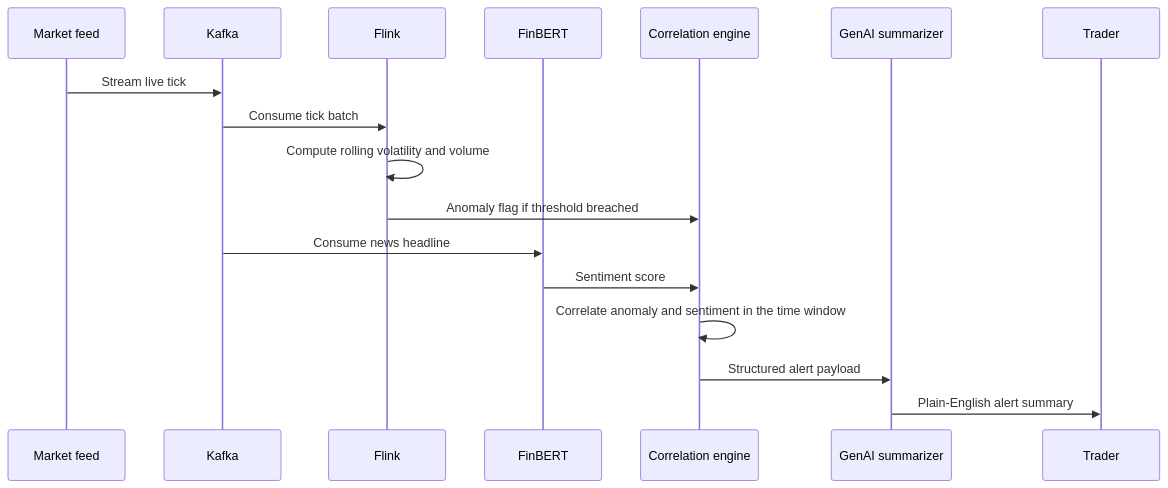
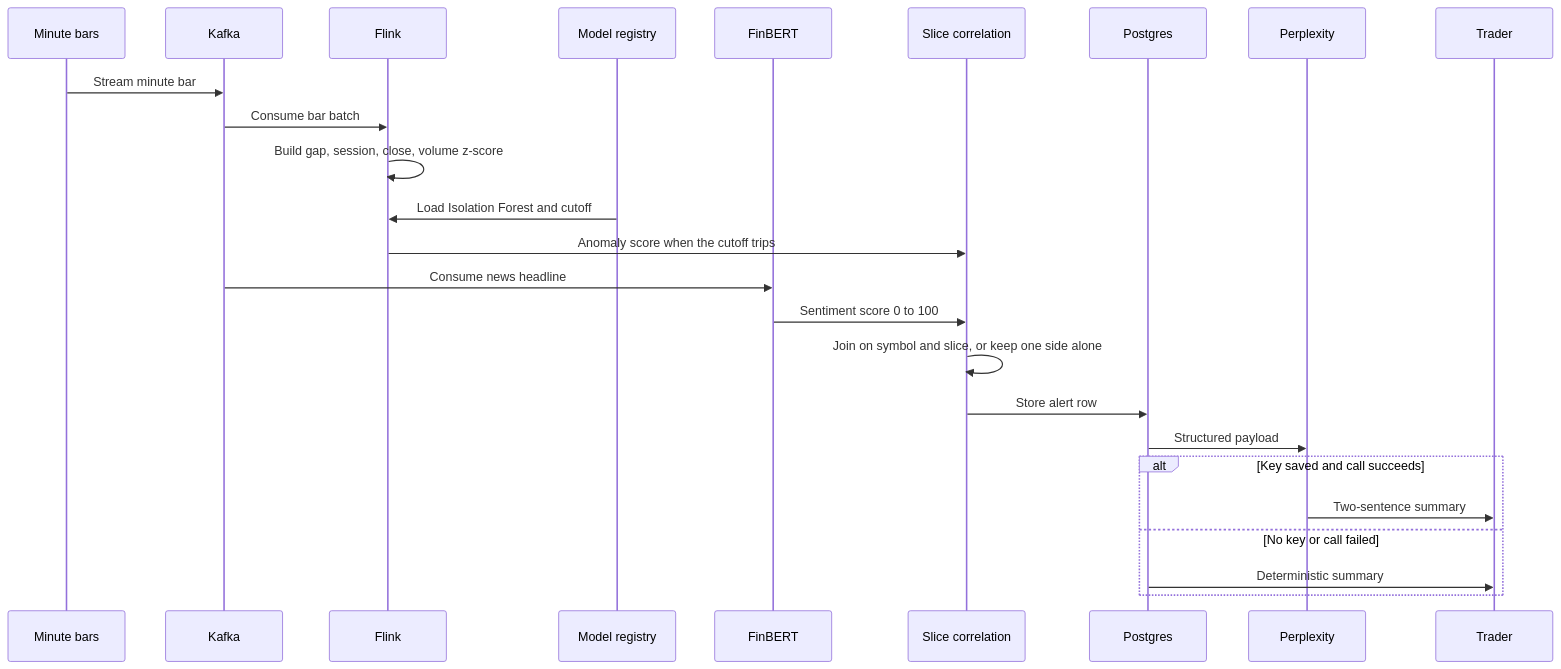
The fifth of 5 diagrams in docs/architecture.md (sameerde4/ticker-alert-system), drawn with Mermaid before and after one commit. The commit also changed other lines of this file, not shown here.

Commit message:
Redraw the as-built and target architecture diagrams.

````diff
--- a/docs/architecture.md
+++ b/docs/architecture.md
@@ -205,20 +210,28 @@
 ```mermaid
 sequenceDiagram
-    participant Market as Market feed
+    participant Market as Minute bars
     participant Kafka
     participant Flink
+    participant Registry as Model registry
     participant FinBERT
-    participant Corr as Correlation engine
-    participant Gen as GenAI summarizer
+    participant Corr as Slice correlation
+    participant PG as Postgres
+    participant Pplx as Perplexity
     participant Trader
 
-    Market->>Kafka: Stream live tick
-    Kafka->>Flink: Consume tick batch
-    Flink->>Flink: Compute rolling volatility and volume
-    Flink->>Corr: Anomaly flag if threshold breached
+    Market->>Kafka: Stream minute bar
+    Kafka->>Flink: Consume bar batch
+    Flink->>Flink: Build gap, session, close, volume z-score
+    Registry->>Flink: Load Isolation Forest and cutoff
+    Flink->>Corr: Anomaly score when the cutoff trips
     Kafka->>FinBERT: Consume news headline
-    FinBERT->>Corr: Sentiment score
-    Corr->>Corr: Correlate anomaly and sentiment in the time window
-    Corr->>Gen: Structured alert payload
-    Gen->>Trader: Plain-English alert summary
+    FinBERT->>Corr: Sentiment score 0 to 100
+    Corr->>Corr: Join on symbol and slice, or keep one side alone
+    Corr->>PG: Store alert row
+    PG->>Pplx: Structured payload
+    alt Key saved and call succeeds
+        Pplx->>Trader: Two-sentence summary
+    else No key or call failed
+        PG->>Trader: Deterministic summary
+    end
 ```
````
